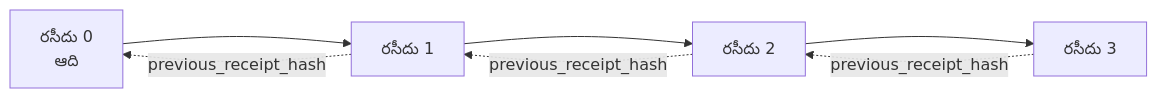
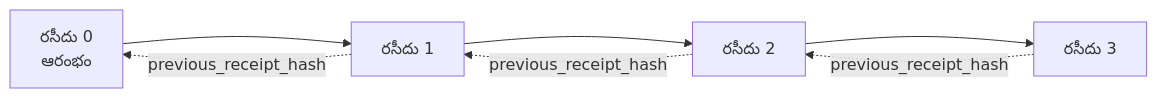
One commit to microsoft/ai-agents-for-beginners changed the second of 2 diagrams in translations/te/18-securing-ai-agents/README.md. Above: the diagram before and after it, drawn with Mermaid. The commit also changed other lines of this file and 43 other files, not shown here.

````diff
--- a/translations/te/18-securing-ai-agents/README.md
+++ b/translations/te/18-securing-ai-agents/README.md
@@ -206,9 +203,9 @@
 ```mermaid
 flowchart LR
-    R0[రసీదు 0<br/>ఆది] --> R1[రసీదు 1]
+    R0[రసీదు 0<br/>ఆరంభం] --> R1[రసీదు 1]
     R1 --> R2[రసీదు 2]
     R2 --> R3[రసీదు 3]
     R1 -. previous_receipt_hash .-> R0
     R2 -. previous_receipt_hash .-> R1
     R3 -. previous_receipt_hash .-> R2
 ```
````
